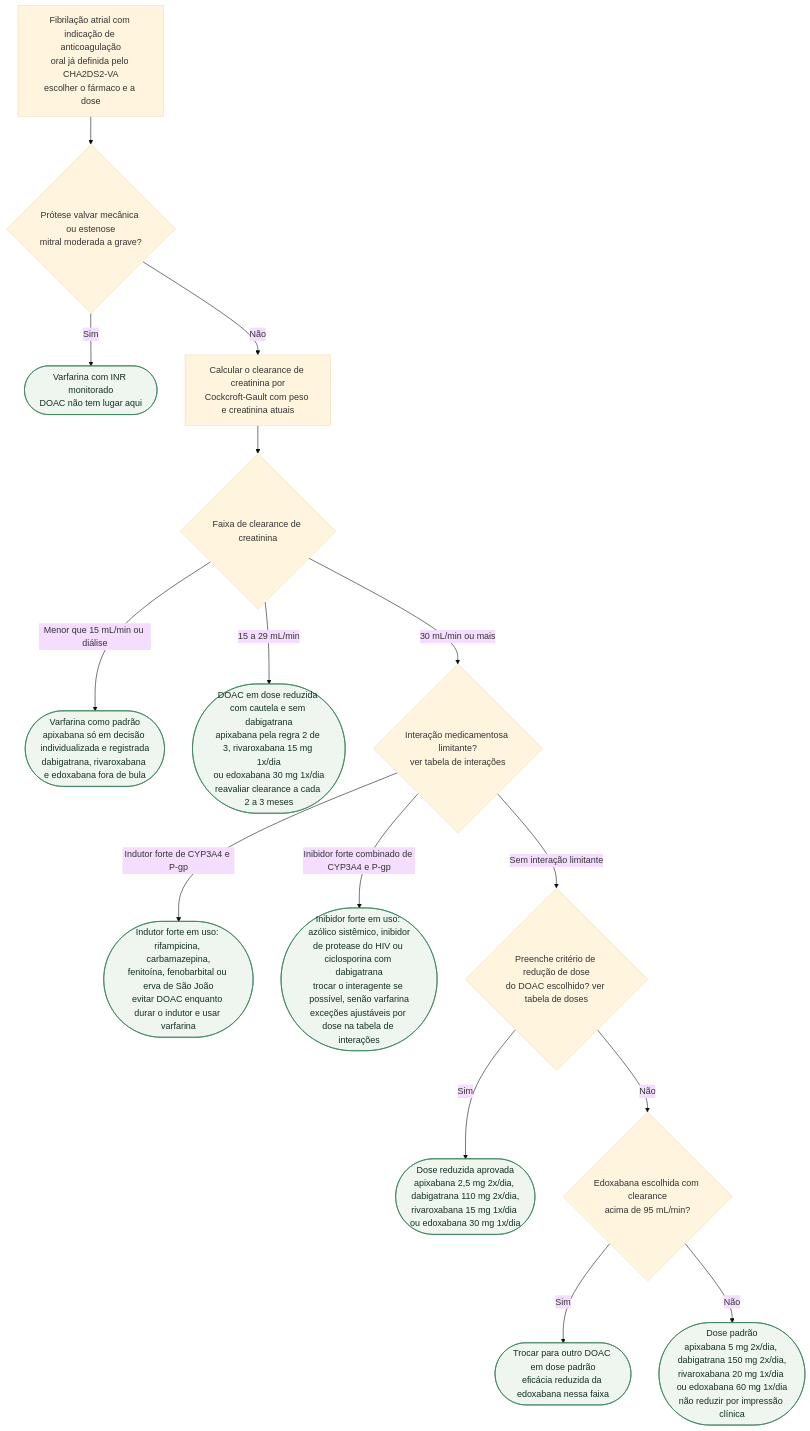
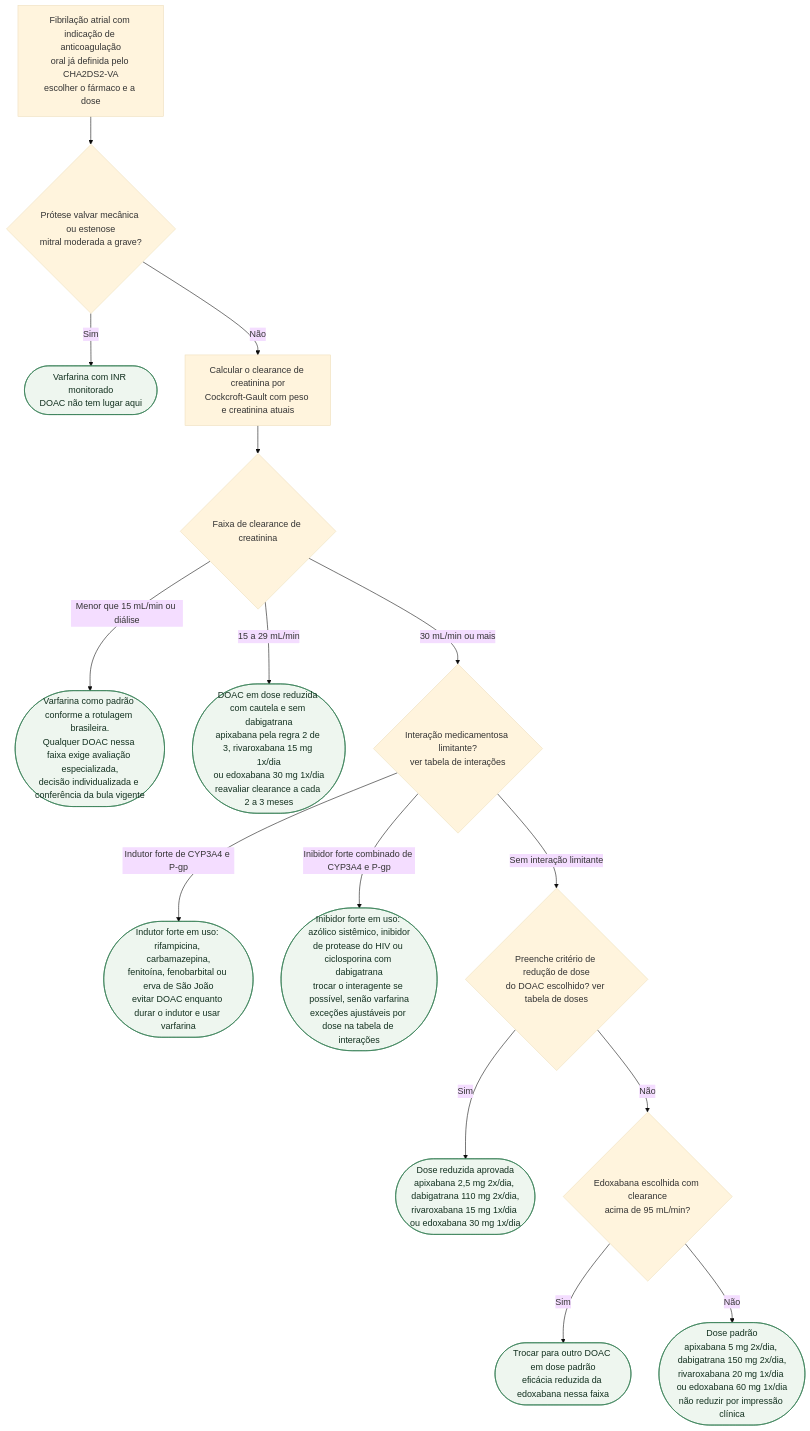
One commit to rafaelpaesmeirelles/MeuCardio changed the diagram in content/Fibrilação_atrial/fluxograma-escolha-e-dose-de-doac-na-fa-por-funcao-renal-idade-e-peso.md. Above: the diagram before and after it, drawn with Mermaid (base theme). The commit also changed other lines of this file and 24 other files, not shown here.

````diff
--- a/content/Fibrilação_atrial/fluxograma-escolha-e-dose-de-doac-na-fa-por-funcao-renal-idade-e-peso.md
+++ b/content/Fibrilação_atrial/fluxograma-escolha-e-dose-de-doac-na-fa-por-funcao-renal-idade-e-peso.md
@@ -28,36 +28,36 @@
 ```mermaid
 flowchart TD
   R0["Fibrilação atrial com indicação de anticoagulação<br/>oral já definida pelo CHA2DS2-VA<br/>escolher o fármaco e a dose"]
   D1{"Prótese valvar mecânica ou estenose<br/>mitral moderada a grave?"}
   C1(["Varfarina com INR monitorado<br/>DOAC não tem lugar aqui"])
   P1["Calcular o clearance de creatinina por<br/>Cockcroft-Gault com peso e creatinina atuais"]
   D2{"Faixa de clearance de creatinina"}
-  C2(["Varfarina como padrão<br/>apixabana só em decisão individualizada e registrada<br/>dabigatrana, rivaroxabana e edoxabana fora de bula"])
+  C2(["Varfarina como padrão conforme a rotulagem brasileira.<br/>Qualquer DOAC nessa faixa exige avaliação especializada,<br/>decisão individualizada e conferência da bula vigente"])
   C3(["DOAC em dose reduzida com cautela e sem dabigatrana<br/>apixabana pela regra 2 de 3, rivaroxabana 15 mg 1x/dia<br/>ou edoxabana 30 mg 1x/dia<br/>reavaliar clearance a cada 2 a 3 meses"])
   D4{"Interação medicamentosa limitante?<br/>ver tabela de interações"}
   C4(["Indutor forte em uso: rifampicina, carbamazepina,<br/>fenitoína, fenobarbital ou erva de São João<br/>evitar DOAC enquanto durar o indutor e usar varfarina"])
   C5(["Inibidor forte em uso: azólico sistêmico, inibidor<br/>de protease do HIV ou ciclosporina com dabigatrana<br/>trocar o interagente se possível, senão varfarina<br/>exceções ajustáveis por dose na tabela de interações"])
   D5{"Preenche critério de redução de dose<br/>do DOAC escolhido? ver tabela de doses"}
   C6(["Dose reduzida aprovada<br/>apixabana 2,5 mg 2x/dia, dabigatrana 110 mg 2x/dia,<br/>rivaroxabana 15 mg 1x/dia ou edoxabana 30 mg 1x/dia"])
   D6{"Edoxabana escolhida com clearance<br/>acima de 95 mL/min?"}
   C7(["Trocar para outro DOAC em dose padrão<br/>eficácia reduzida da edoxabana nessa faixa"])
   C8(["Dose padrão<br/>apixabana 5 mg 2x/dia, dabigatrana 150 mg 2x/dia,<br/>rivaroxabana 20 mg 1x/dia ou edoxabana 60 mg 1x/dia<br/>não reduzir por impressão clínica"])
 
   R0 --> D1
   D1 -->|"Sim"| C1
   D1 -->|"Não"| P1
   P1 --> D2
   D2 -->|"Menor que 15 mL/min ou diálise"| C2
   D2 -->|"15 a 29 mL/min"| C3
   D2 -->|"30 mL/min ou mais"| D4
   D4 -->|"Indutor forte de CYP3A4 e P-gp"| C4
   D4 -->|"Inibidor forte combinado de CYP3A4 e P-gp"| C5
   D4 -->|"Sem interação limitante"| D5
   D5 -->|"Sim"| C6
   D5 -->|"Não"| D6
   D6 -->|"Sim"| C7
   D6 -->|"Não"| C8
 
   classDef conduta fill:#eef6ef,stroke:#2f7a4f,color:#12301f;
   class C1,C2,C3,C4,C5,C6,C7,C8 conduta;
 ```
````
